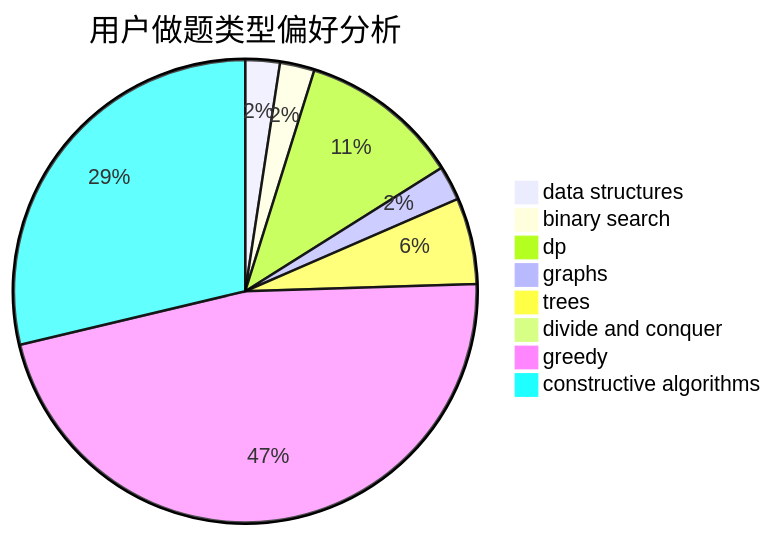
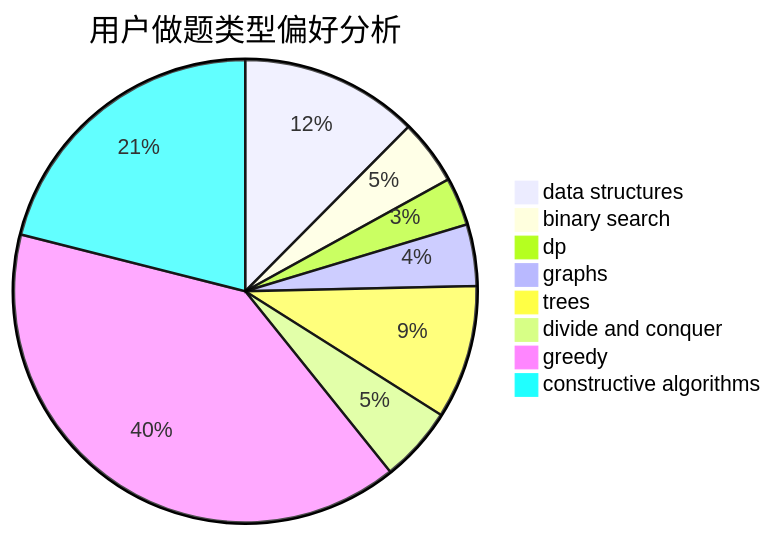
The second of 3 diagrams in docs/user/u2201.md (sherpahu/cfrs.github.io), drawn with Mermaid before and after one commit. The commit also changed other lines of this file and 2770 other files, not shown here.

````diff
--- a/docs/user/u2201.md
+++ b/docs/user/u2201.md
@@ -23,11 +23,11 @@
 ```mermaid
 pie title 用户做题类型偏好分析
-    "data structures" :  12
-    "binary search" :  12
-    "dp" :  56
-    "graphs" :  12
-    "trees" :  30
-    "divide and conquer" :  0
-    "greedy" :  233
-    "constructive algorithms" :  143
+    "data structures" :  52
+    "binary search" :  19
+    "dp" :  14
+    "graphs" :  18
+    "trees" :  39
+    "divide and conquer" :  22
+    "greedy" :  166
+    "constructive algorithms" :  88
 ```
````
